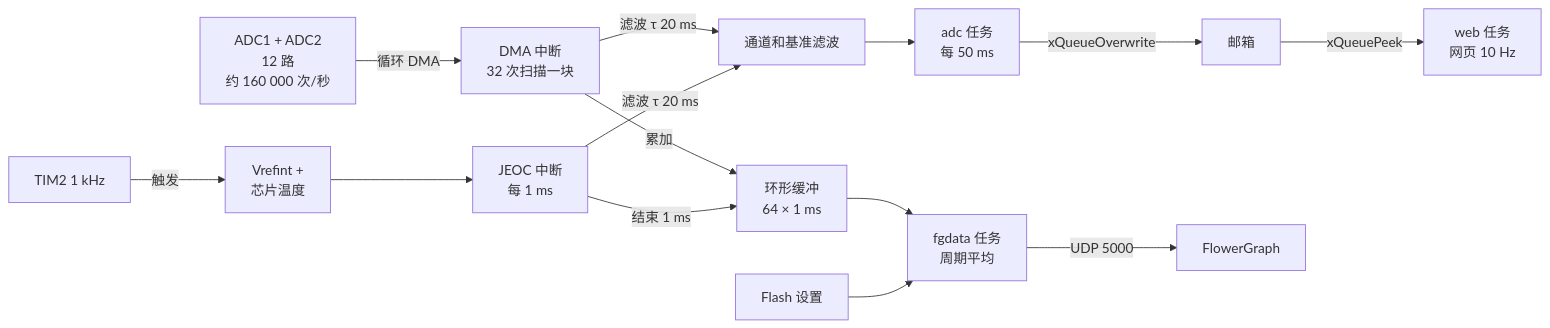
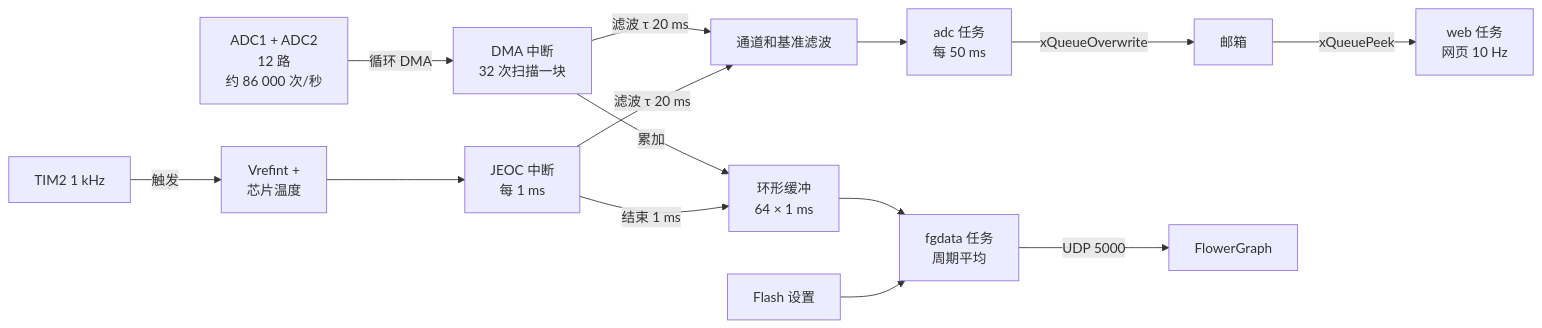
One commit to mamkincoderr/V307_FreeRTOS changed the diagram in README_ZH.md. Above: the diagram before and after it, drawn with Mermaid. The commit also changed other lines of this file and 7 other files, not shown here.

````diff
--- a/README_ZH.md
+++ b/README_ZH.md
@@ -84,16 +84,16 @@
 ```mermaid
 flowchart LR
-    ADC["ADC1 + ADC2<br/>12 路<br/>约 160 000 次/秒"] -->|循环 DMA| ISR1["DMA 中断<br/>32 次扫描一块"]
+    ADC["ADC1 + ADC2<br/>12 路<br/>约 86 000 次/秒"] -->|循环 DMA| ISR1["DMA 中断<br/>32 次扫描一块"]
     TIM["TIM2 1 kHz"] -->|触发| INJ["Vrefint +<br/>芯片温度"]
     INJ --> ISR2["JEOC 中断<br/>每 1 ms"]
     ISR1 -->|累加| RING["环形缓冲<br/>64 × 1 ms"]
     ISR2 -->|结束 1 ms| RING
     ISR1 -->|滤波 τ 20 ms| FILT["通道和基准滤波"]
     ISR2 -->|滤波 τ 20 ms| FILT
     FILT --> ADCT["adc 任务<br/>每 50 ms"]
     ADCT -->|xQueueOverwrite| MB["邮箱"]
     MB -->|xQueuePeek| WEB["web 任务<br/>网页 10 Hz"]
     RING --> FGD["fgdata 任务<br/>周期平均"]
     CFG["Flash 设置"] --> FGD
     FGD -->|UDP 5000| FG["FlowerGraph"]
 ```
````
